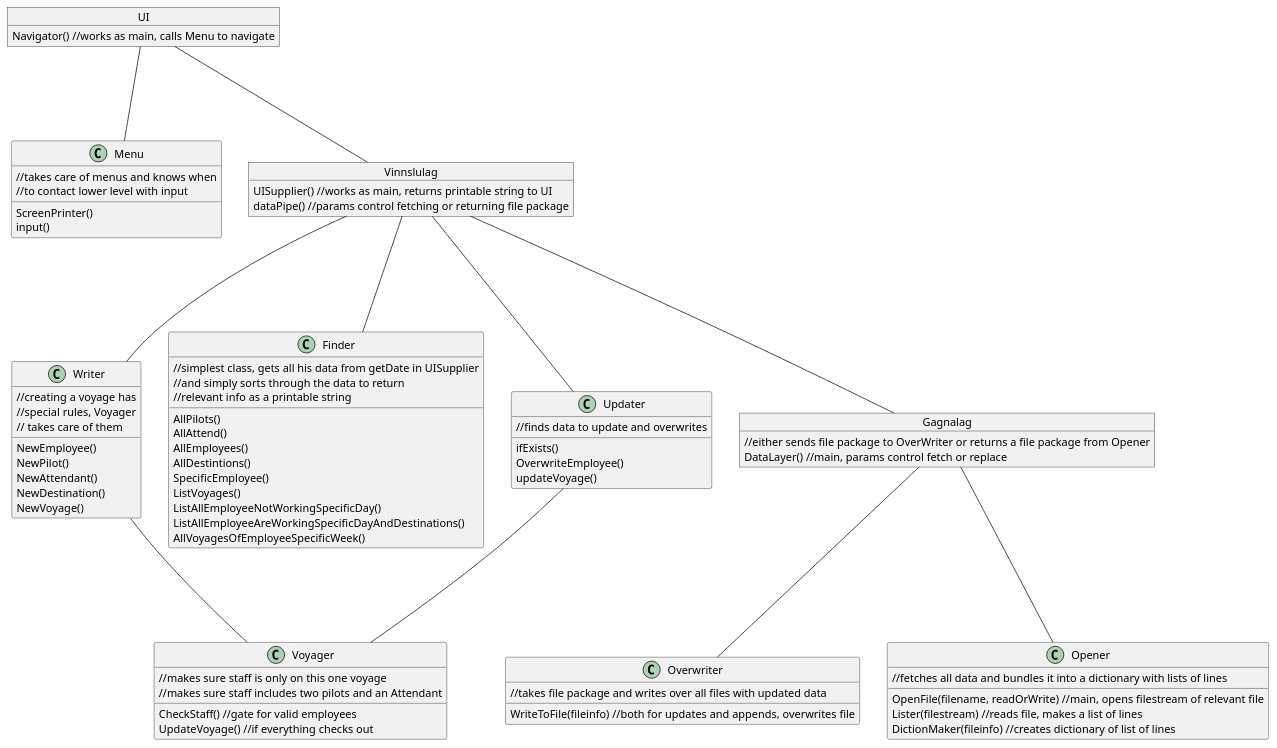
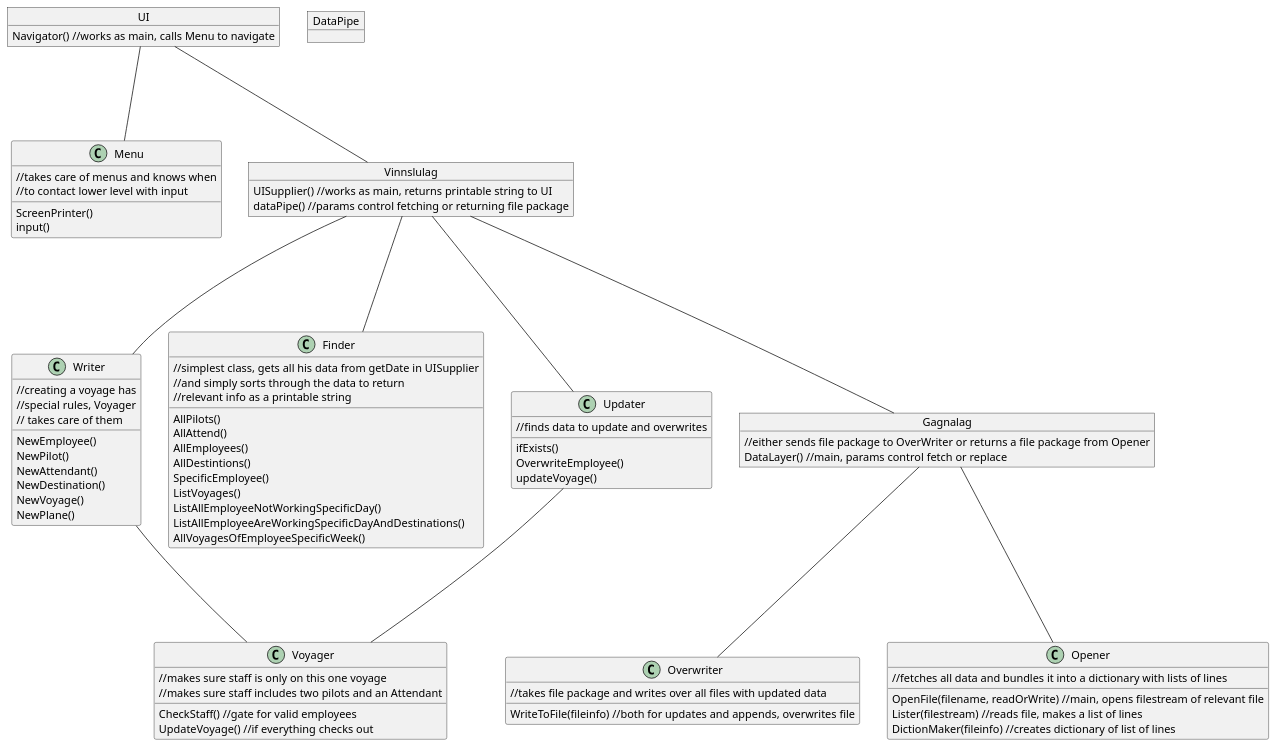
One commit to MyraMidnight/VLN1_h16 changed the diagram in klasarit.wsd. Above: the diagram before and after it, drawn with PlantUML. The commit also changed 2 other files, not shown here.

```diff
--- a/klasarit.wsd
+++ b/klasarit.wsd
@@ -3,85 +3,90 @@
 @startuml Klasarit
 object UI {
     Navigator() //works as main, calls Menu to navigate
 }
 
 class Menu {
     //takes care of menus and knows when
     //to contact lower level with input
     ScreenPrinter()
     input()
 }
 
 object Vinnslulag {
     UISupplier() //works as main, returns printable string to UI
     dataPipe() //params control fetching or returning file package
 }
 
 class Writer {
     //creating a voyage has 
     //special rules, Voyager
     // takes care of them
     NewEmployee()
     NewPilot()
     NewAttendant()
     NewDestination()
     NewVoyage()
+    NewPlane()
 }
 
 class Voyager {
     //makes sure staff is only on this one voyage
     //makes sure staff includes two pilots and an Attendant
 
     CheckStaff() //gate for valid employees
     UpdateVoyage() //if everything checks out
 }
 
 class Finder {
     //simplest class, gets all his data from getDate in UISupplier
     //and simply sorts through the data to return
     //relevant info as a printable string
     AllPilots()
     AllAttend()
     AllEmployees()
     AllDestintions()
     SpecificEmployee()
     ListVoyages()
     ListAllEmployeeNotWorkingSpecificDay()
     ListAllEmployeeAreWorkingSpecificDayAndDestinations()
     AllVoyagesOfEmployeeSpecificWeek()
 }
 
 class Updater {
     //finds data to update and overwrites
     ifExists()
     OverwriteEmployee()
     updateVoyage()
 }
 
 object Gagnalag {
     //either sends file package to OverWriter or returns a file package from Opener
     DataLayer() //main, params control fetch or replace
 }
 
 class Overwriter {
     //takes file package and writes over all files with updated data
     WriteToFile(fileinfo) //both for updates and appends, overwrites file
 }
 
 class Opener {
     //fetches all data and bundles it into a dictionary with lists of lines
     OpenFile(filename, readOrWrite) //main, opens filestream of relevant file
     Lister(filestream) //reads file, makes a list of lines
     DictionMaker(fileinfo) //creates dictionary of list of lines
 }
+
+object DataPipe {
+    
+}
 UI --- Vinnslulag
 UI --- Menu
 Vinnslulag --- Finder
 Vinnslulag --- Gagnalag
 Vinnslulag --- Writer
 Vinnslulag --- Updater
 Updater --- Voyager
 Writer  --- Voyager
 Gagnalag --- Opener
 Gagnalag --- Overwriter
 @enduml
```
